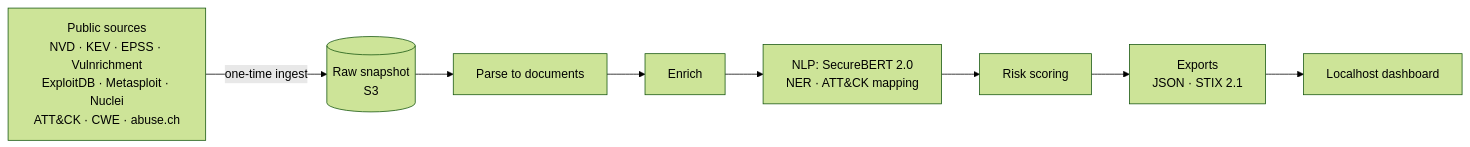
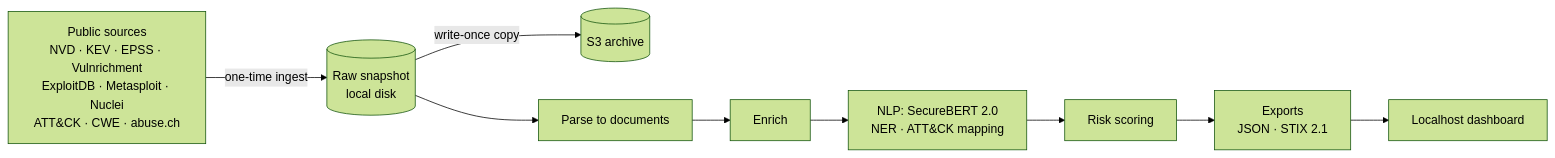
Before and after one commit to arinvandrapu/Cyber-Threat-Intelligence-System: the diagram in README.md, drawn with Mermaid (forest theme). The commit also changed other lines of this file and 6 other files, not shown here.

First line of the commit message:
Add architecture and design-decision docs; record S3 archive decision

````diff
--- a/README.md
+++ b/README.md
@@ -35,10 +35,11 @@
 ```mermaid
 flowchart LR
-    A[Public sources<br/>NVD · KEV · EPSS · Vulnrichment<br/>ExploitDB · Metasploit · Nuclei<br/>ATT&CK · CWE · abuse.ch] -->|one-time ingest| B[(Raw snapshot<br/>S3)]
+    A[Public sources<br/>NVD · KEV · EPSS · Vulnrichment<br/>ExploitDB · Metasploit · Nuclei<br/>ATT&CK · CWE · abuse.ch] -->|one-time ingest| B[(Raw snapshot<br/>local disk)]
+    B -->|write-once copy| S[(S3 archive)]
     B --> C[Parse to documents]
     C --> D[Enrich]
     D --> E[NLP: SecureBERT 2.0<br/>NER · ATT&CK mapping]
     E --> F[Risk scoring]
     F --> G[Exports<br/>JSON · STIX 2.1]
     G --> H[Localhost dashboard]
 ```
````
